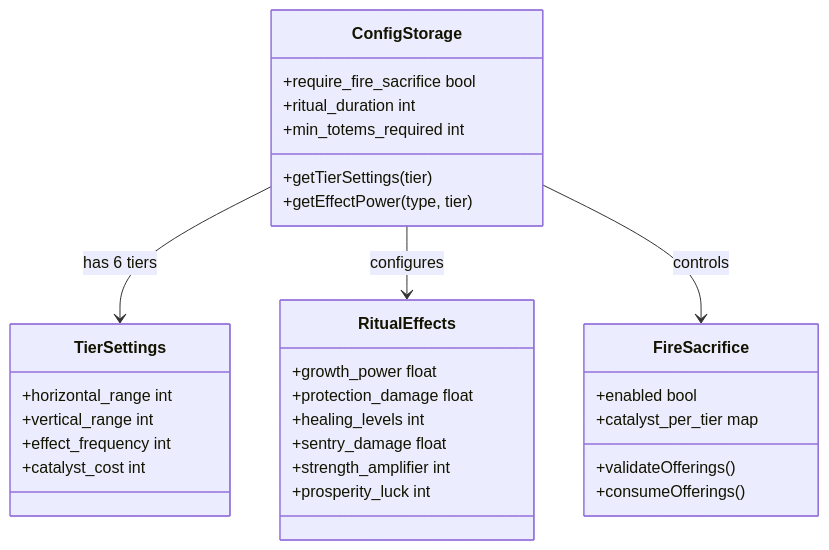
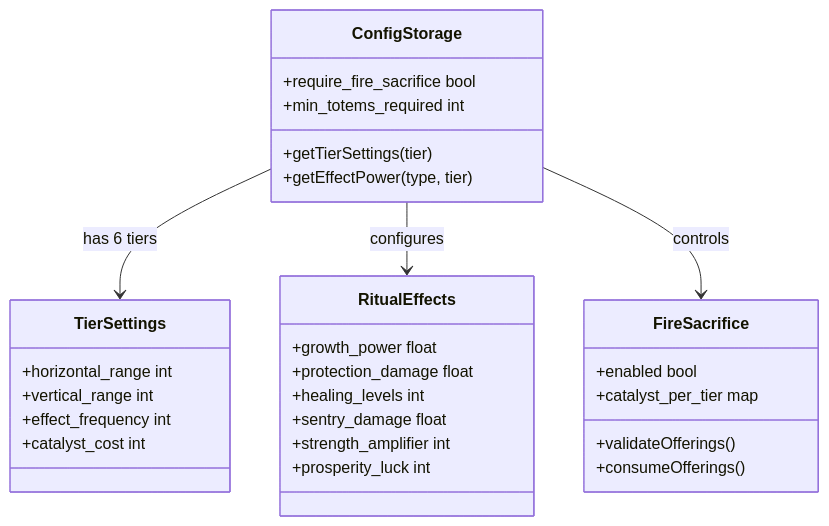
Before and after one commit to Underwood-Inc/rituals: the first of 2 diagrams in docs/CONFIG_GUIDE.md, drawn with Mermaid. The commit also changed other lines of this file and 67 other files, not shown here.

````diff
--- a/docs/CONFIG_GUIDE.md
+++ b/docs/CONFIG_GUIDE.md
@@ -11,37 +11,36 @@
 ```mermaid
 classDiagram
     class ConfigStorage {
         +require_fire_sacrifice bool
-        +ritual_duration int
         +min_totems_required int
         +getTierSettings(tier)
         +getEffectPower(type, tier)
     }
     
     class TierSettings {
         +horizontal_range int
         +vertical_range int
         +effect_frequency int
         +catalyst_cost int
     }
     
     class RitualEffects {
         +growth_power float
         +protection_damage float
         +healing_levels int
         +sentry_damage float
         +strength_amplifier int
         +prosperity_luck int
     }
     
     class FireSacrifice {
         +enabled bool
         +catalyst_per_tier map
         +validateOfferings()
         +consumeOfferings()
     }
     
     ConfigStorage --> TierSettings : has 6 tiers
     ConfigStorage --> RitualEffects : configures
     ConfigStorage --> FireSacrifice : controls
 ```
````
